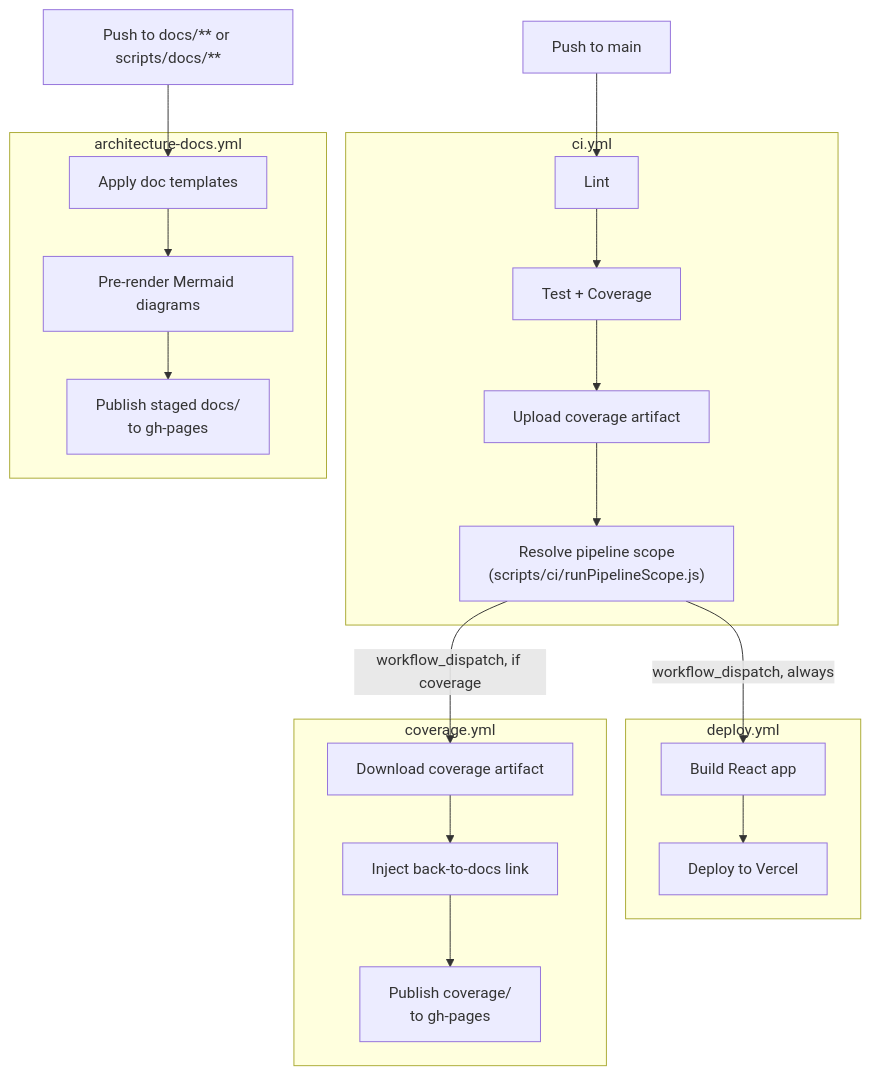
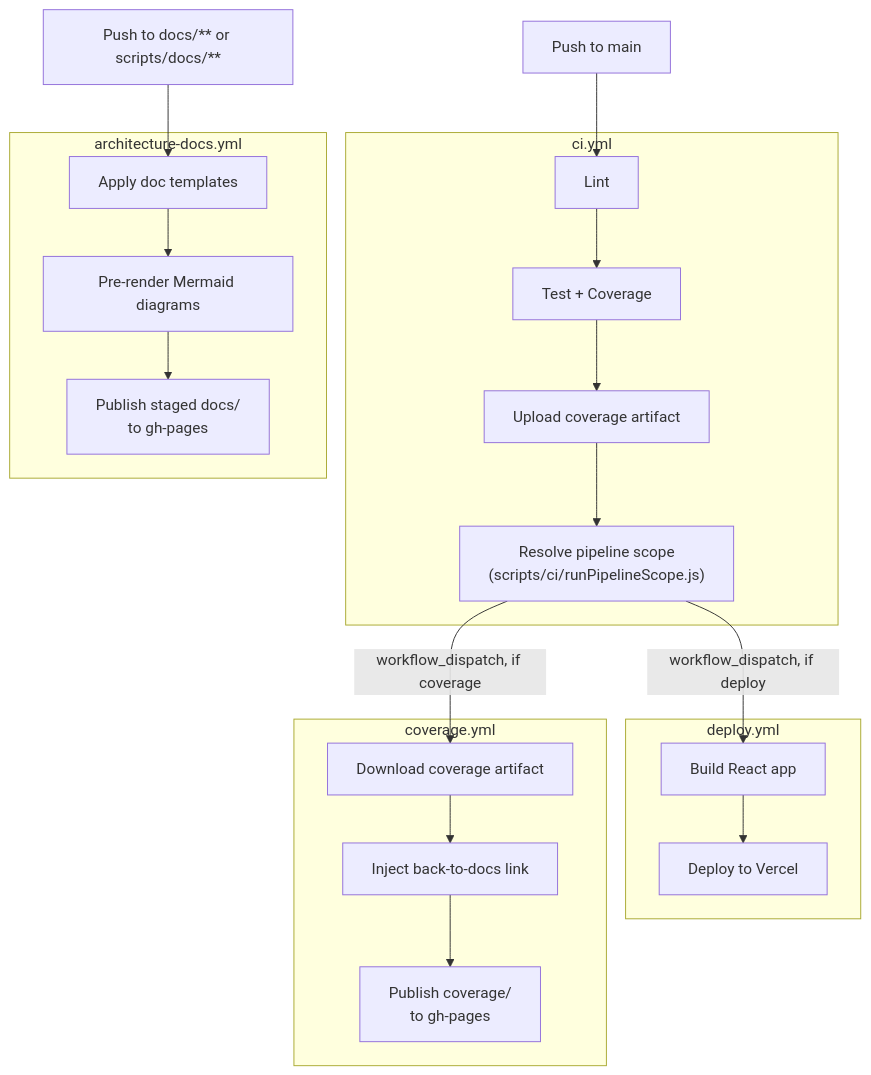
One commit to Keglev/my-portfolio changed the diagram in docs/architecture/07-deployment.md. Above: the diagram before and after it, drawn with Mermaid. The commit also changed other lines of this file and 5 other files, not shown here.

````diff
--- a/docs/architecture/07-deployment.md
+++ b/docs/architecture/07-deployment.md
@@ -21,44 +21,44 @@
 ```mermaid
 flowchart TD
     Push["Push to main"]
 
     subgraph CI["ci.yml"]
         Lint["Lint"]
         Test["Test + Coverage"]
         Artifact["Upload coverage artifact"]
         Scope["Resolve pipeline scope\n(scripts/ci/runPipelineScope.js)"]
         Lint --> Test --> Artifact --> Scope
     end
 
     subgraph DP["deploy.yml"]
         BuildReact["Build React app"]
         VercelDeploy["Deploy to Vercel"]
         BuildReact --> VercelDeploy
     end
 
     subgraph AD["coverage.yml"]
         Coverage["Download coverage artifact"]
         BackLink["Inject back-to-docs link"]
         GHPagesAPI["Publish coverage/\nto gh-pages"]
         Coverage --> BackLink --> GHPagesAPI
     end
 
     subgraph AR["architecture-docs.yml"]
         Templates["Apply doc templates"]
         Mermaid["Pre-render Mermaid diagrams"]
         GHPagesArch["Publish staged docs/\nto gh-pages"]
         Templates --> Mermaid --> GHPagesArch
     end
 
     DocsPush["Push to docs/** or scripts/docs/**"]
 
     Push --> Lint
-    Scope -->|"workflow_dispatch, always"| BuildReact
+    Scope -->|"workflow_dispatch, if deploy"| BuildReact
     Scope -->|"workflow_dispatch, if coverage"| Coverage
     DocsPush --> Templates
 
     class Push,DocsPush l1
     class Lint,Test,Artifact,Scope l2
     class BuildReact,VercelDeploy l3
     class Coverage,BackLink,GHPagesAPI,Templates,Mermaid,GHPagesArch l4
 ```
````
